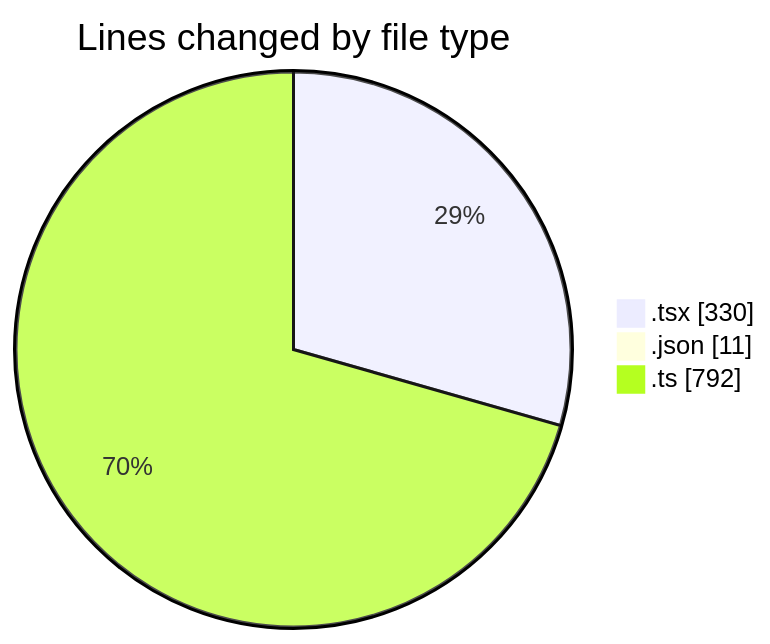
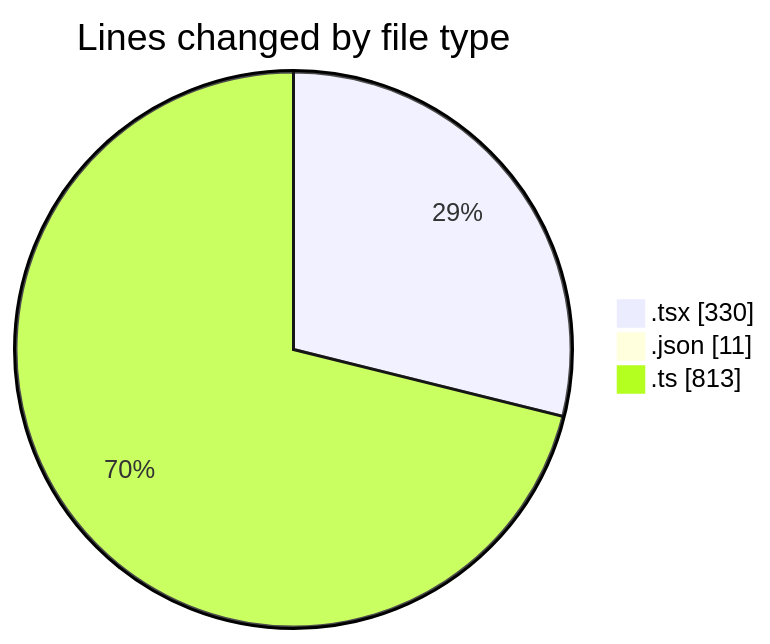
The first of 2 diagrams in 2025-05-12/cda/README.md (momahboobian/code-tracking), drawn with Mermaid before and after one commit. The commit also changed other lines of this file and 1 other file, not shown here.

````diff
--- a/2025-05-12/cda/README.md
+++ b/2025-05-12/cda/README.md
@@ -31,7 +31,7 @@
 ```mermaid
 pie showData
 title Lines changed by file type
 ".tsx" : 330
 ".json" : 11
-".ts" : 792
+".ts" : 813
 ```
````
